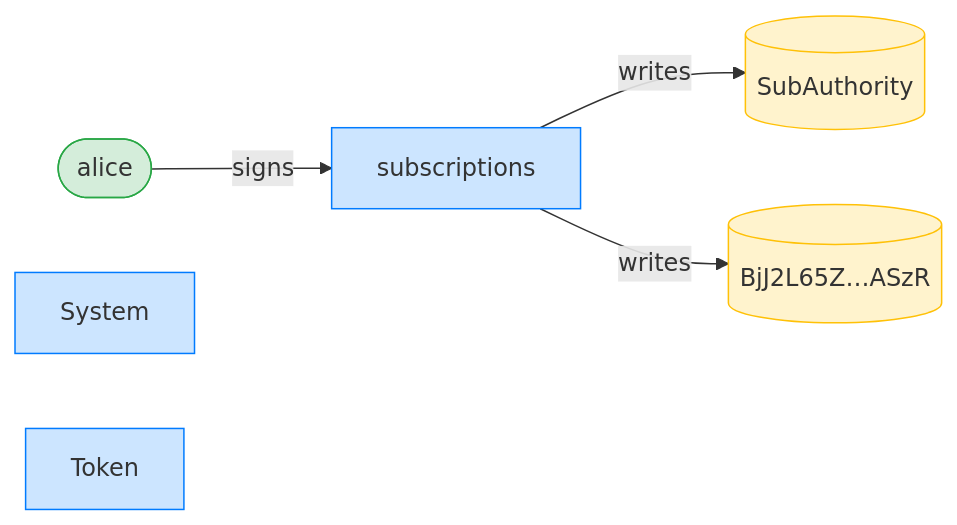
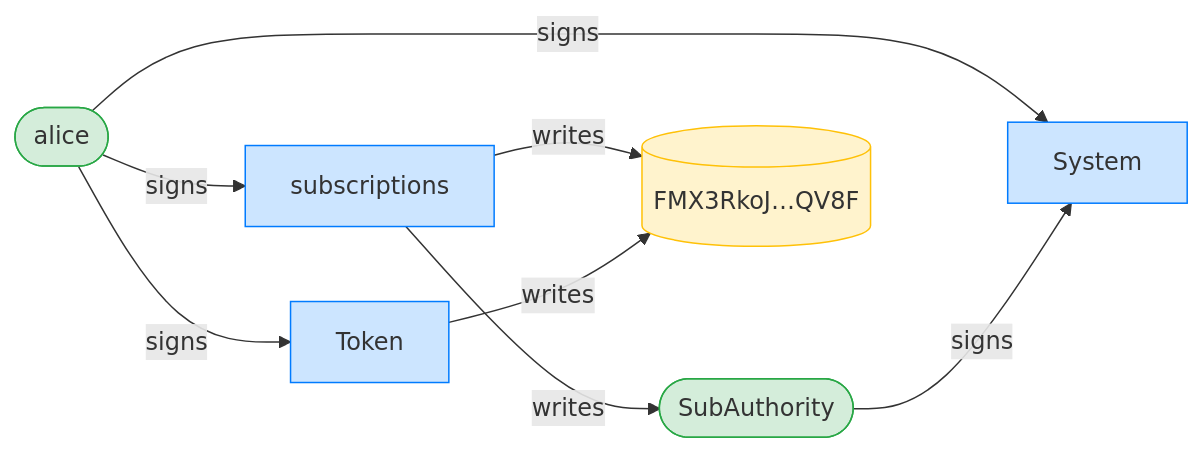
The third of 24 diagrams in dsl_tests/a-sponsor-can-revoke-a-subscription-once-the-plan-is-closed.md (cds-rs/subscriptions), drawn with Mermaid before and after one commit. The commit also changed other lines of this file and 224 other files, not shown here.

````diff
--- a/dsl_tests/a-sponsor-can-revoke-a-subscription-once-the-plan-is-closed.md
+++ b/dsl_tests/a-sponsor-can-revoke-a-subscription-once-the-plan-is-closed.md
@@ -55,15 +56,19 @@
 ```mermaid
 flowchart LR
     classDef signer fill:#d4edda,stroke:#28a745;
     classDef program fill:#cce5ff,stroke:#007bff;
     classDef writable fill:#fff3cd,stroke:#ffc107;
     subscriptions[subscriptions]:::program
     alice([alice]):::signer
-    SubAuthority[(SubAuthority)]:::writable
-    BjJ2L65Z_ASzR[("BjJ2L65Z…ASzR")]:::writable
+    SubAuthority([SubAuthority]):::signer
+    FMX3RkoJ_QV8F[("FMX3RkoJ…QV8F")]:::writable
     System[System]:::program
     Token[Token]:::program
     alice -->|signs| subscriptions
+    alice -->|signs| System
+    SubAuthority -->|signs| System
+    alice -->|signs| Token
     subscriptions -->|writes| SubAuthority
-    subscriptions -->|writes| BjJ2L65Z_ASzR
+    subscriptions -->|writes| FMX3RkoJ_QV8F
+    Token -->|writes| FMX3RkoJ_QV8F
 ```
````
